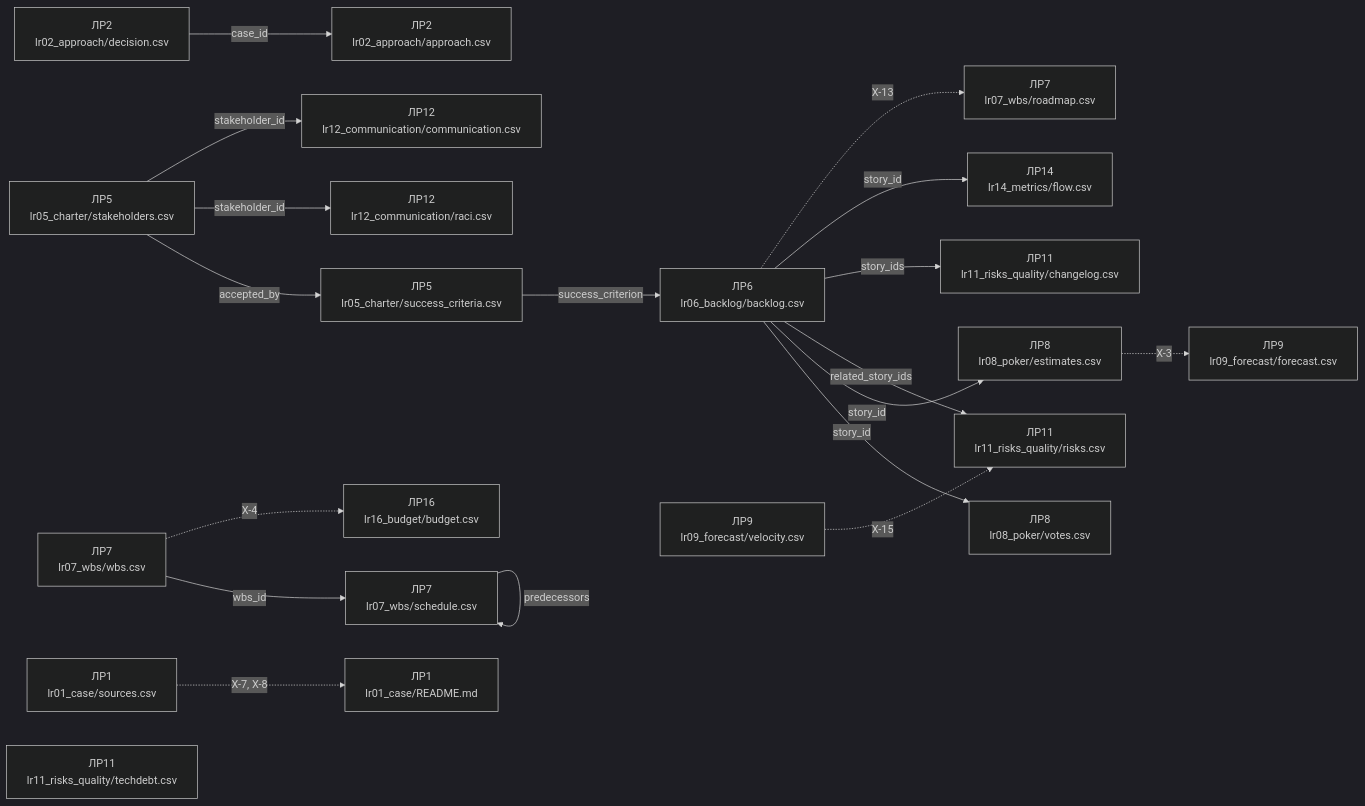
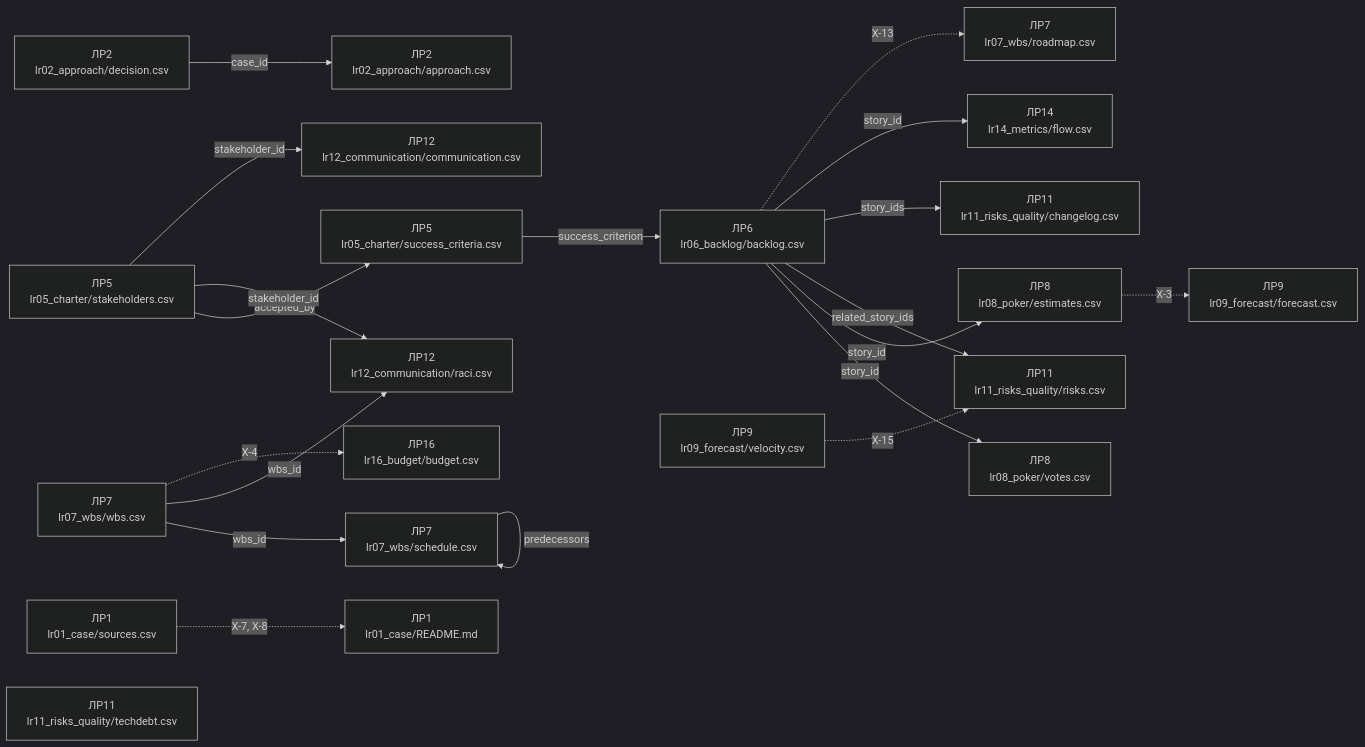
One commit to LyahovchukSergiy/pm-2026-template changed the diagram in tools/SCHEMAS.md. Above: the diagram before and after it, drawn with Mermaid (dark theme). The commit also changed other lines of this file and 6 other files, not shown here.

Commit message:
Оновлення шаблону, схеми артефактів v1.11.0

````diff
--- a/tools/SCHEMAS.md
+++ b/tools/SCHEMAS.md
@@ -90,41 +90,42 @@
 ```mermaid
 flowchart LR
   lr01_case_sources_csv["ЛР1<br/>lr01_case/sources.csv"]
   lr02_approach_approach_csv["ЛР2<br/>lr02_approach/approach.csv"]
   lr02_approach_decision_csv["ЛР2<br/>lr02_approach/decision.csv"]
   lr05_charter_stakeholders_csv["ЛР5<br/>lr05_charter/stakeholders.csv"]
   lr05_charter_success_criteria_csv["ЛР5<br/>lr05_charter/success_criteria.csv"]
   lr06_backlog_backlog_csv["ЛР6<br/>lr06_backlog/backlog.csv"]
   lr07_wbs_wbs_csv["ЛР7<br/>lr07_wbs/wbs.csv"]
   lr07_wbs_schedule_csv["ЛР7<br/>lr07_wbs/schedule.csv"]
   lr07_wbs_roadmap_csv["ЛР7<br/>lr07_wbs/roadmap.csv"]
   lr08_poker_votes_csv["ЛР8<br/>lr08_poker/votes.csv"]
   lr08_poker_estimates_csv["ЛР8<br/>lr08_poker/estimates.csv"]
   lr09_forecast_velocity_csv["ЛР9<br/>lr09_forecast/velocity.csv"]
   lr09_forecast_forecast_csv["ЛР9<br/>lr09_forecast/forecast.csv"]
   lr11_risks_quality_risks_csv["ЛР11<br/>lr11_risks_quality/risks.csv"]
   lr11_risks_quality_techdebt_csv["ЛР11<br/>lr11_risks_quality/techdebt.csv"]
   lr11_risks_quality_changelog_csv["ЛР11<br/>lr11_risks_quality/changelog.csv"]
   lr12_communication_raci_csv["ЛР12<br/>lr12_communication/raci.csv"]
   lr12_communication_communication_csv["ЛР12<br/>lr12_communication/communication.csv"]
   lr14_metrics_flow_csv["ЛР14<br/>lr14_metrics/flow.csv"]
   lr16_budget_budget_csv["ЛР16<br/>lr16_budget/budget.csv"]
   lr01_case_README_md["ЛР1<br/>lr01_case/README.md"]
   lr02_approach_decision_csv -->|case_id| lr02_approach_approach_csv
   lr05_charter_stakeholders_csv -->|accepted_by| lr05_charter_success_criteria_csv
   lr05_charter_success_criteria_csv -->|success_criterion| lr06_backlog_backlog_csv
   lr07_wbs_wbs_csv -->|wbs_id| lr07_wbs_schedule_csv
   lr07_wbs_schedule_csv -->|predecessors| lr07_wbs_schedule_csv
   lr06_backlog_backlog_csv -->|story_id| lr08_poker_votes_csv
   lr06_backlog_backlog_csv -->|story_id| lr08_poker_estimates_csv
   lr06_backlog_backlog_csv -->|related_story_ids| lr11_risks_quality_risks_csv
   lr06_backlog_backlog_csv -->|story_ids| lr11_risks_quality_changelog_csv
+  lr07_wbs_wbs_csv -->|wbs_id| lr12_communication_raci_csv
   lr05_charter_stakeholders_csv -->|stakeholder_id| lr12_communication_raci_csv
   lr05_charter_stakeholders_csv -->|stakeholder_id| lr12_communication_communication_csv
   lr06_backlog_backlog_csv -->|story_id| lr14_metrics_flow_csv
   lr01_case_sources_csv -.->|X-7, X-8| lr01_case_README_md
   lr06_backlog_backlog_csv -.->|X-13| lr07_wbs_roadmap_csv
   lr07_wbs_wbs_csv -.->|X-4| lr16_budget_budget_csv
   lr08_poker_estimates_csv -.->|X-3| lr09_forecast_forecast_csv
   lr09_forecast_velocity_csv -.->|X-15| lr11_risks_quality_risks_csv
 ```
````
